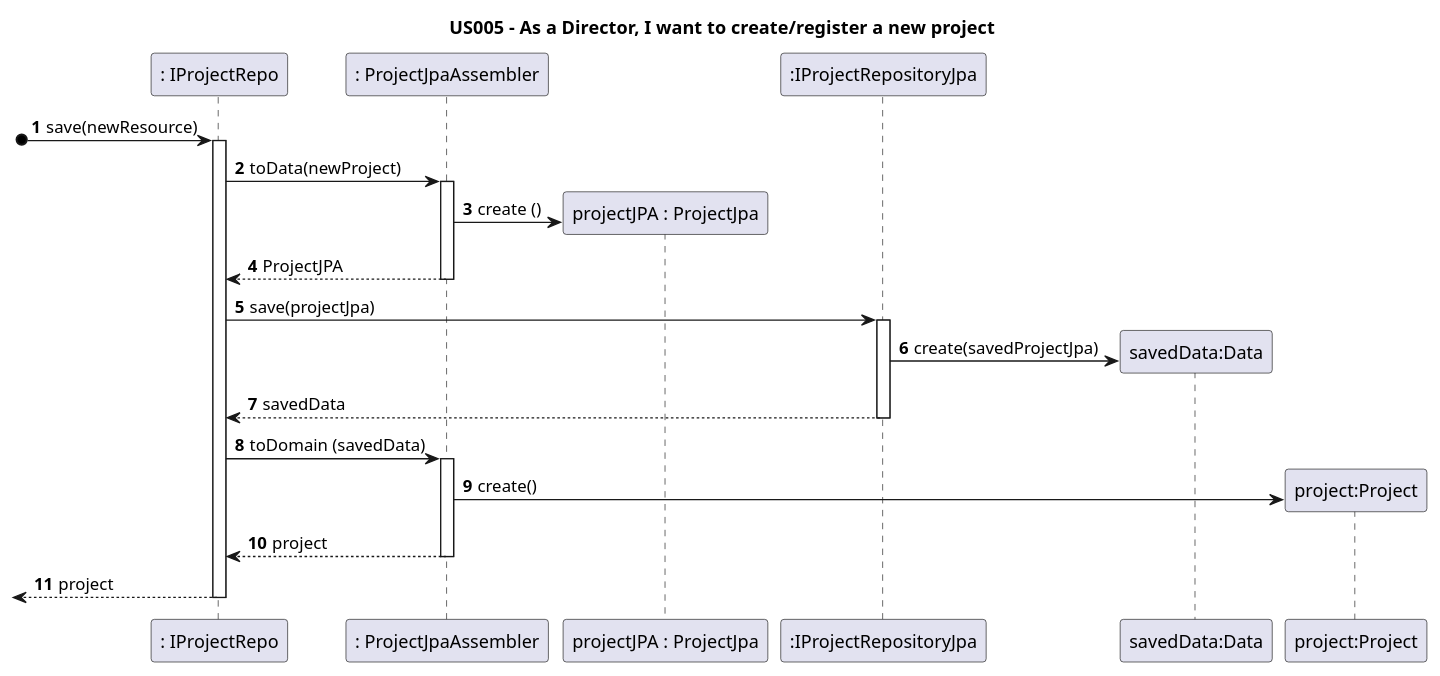
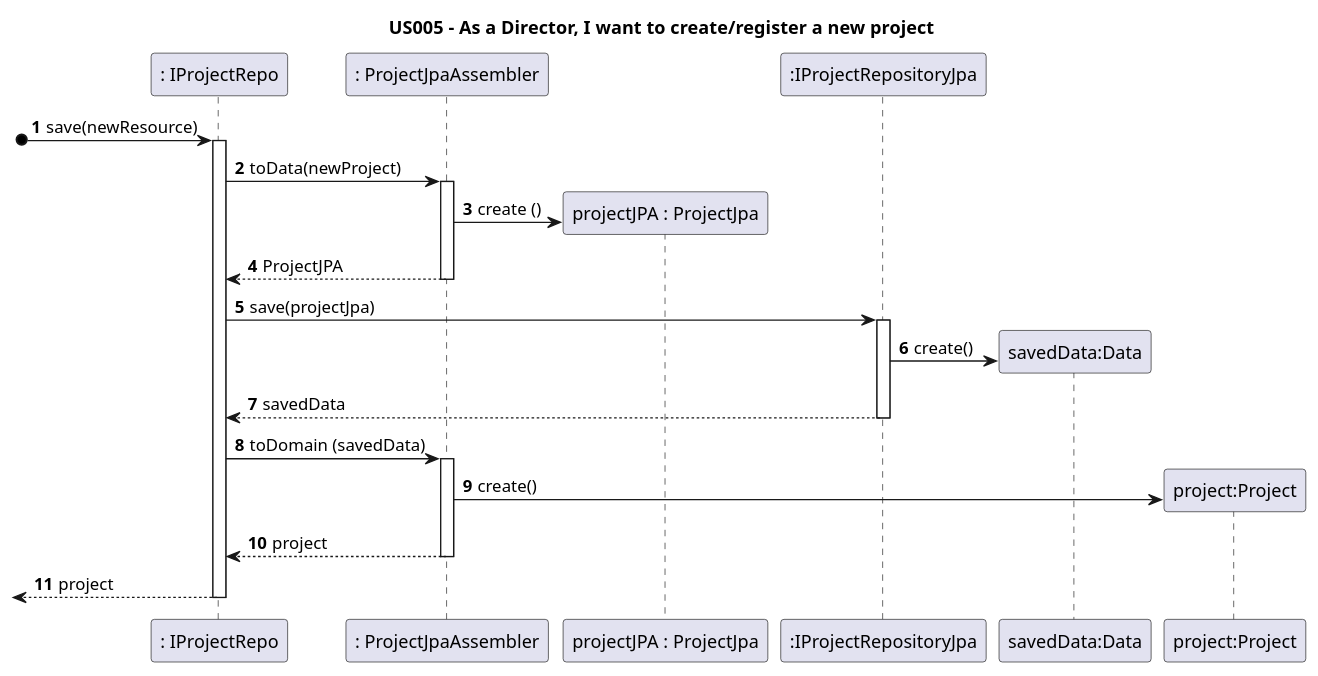
Before and after one commit to nunogon1211787/projectManagement: the diagram in docs/Sprint1/US005/US005-SD-JPA.puml, drawn with PlantUML. The commit also changed 49 other files, not shown here.

```diff
--- a/docs/Sprint1/US005/US005-SD-JPA.puml
+++ b/docs/Sprint1/US005/US005-SD-JPA.puml
@@ -1,28 +1,28 @@
 @startuml
 
 title US005 - As a Director, I want to create/register a new project
 
 autoactivate on
 autonumber
 
 participant ": IProjectRepo" as Repository
 participant ": ProjectJpaAssembler" as Assembler
 participant "projectJPA : ProjectJpa" as projectJPA
 participant ":IProjectRepositoryJpa" as Driver
 participant "savedData:Data" as Data
 participant "project:Project" as project
 
 [o->Repository: save(newResource)
 Repository -> Assembler : toData(newProject)
 Assembler -> projectJPA **: create ()
 Assembler --> Repository : ProjectJPA
 Repository -> Driver: save(projectJpa)
-Driver -> Data**: create(savedProjectJpa)
+Driver -> Data**: create()
 Driver --> Repository : savedData
 Repository -> Assembler: toDomain (savedData)
 Assembler -> project **: create()
 Assembler --> Repository :project
 
 [<--Repository: project
 
 @enduml
```
